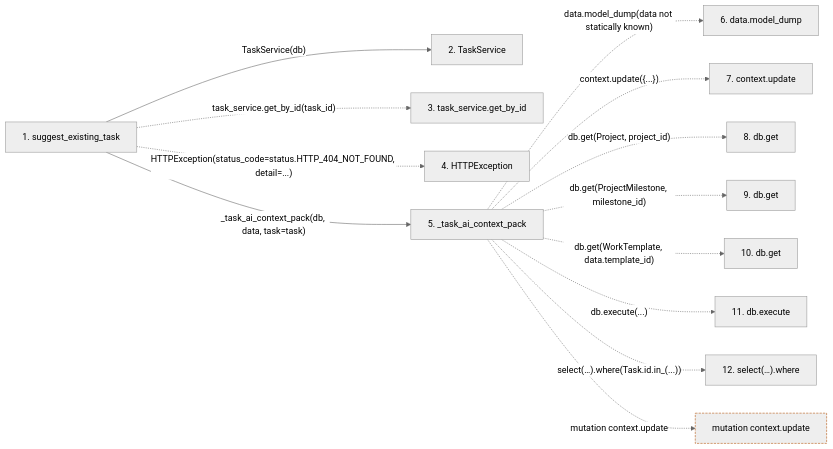
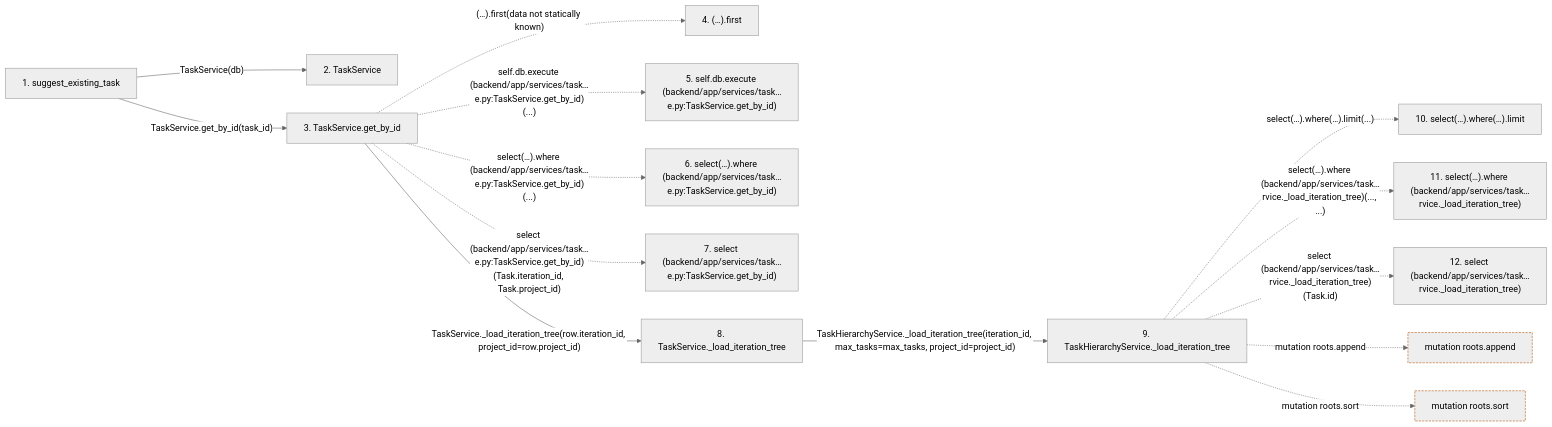
One commit to Denissvgn/WorkChord changed the second of 2 diagrams in docs/llm_wiki/flows/http-suggest_existing_task.md. Above: the diagram before and after it, drawn with Mermaid (neutral theme). The commit also changed other lines of this file and 25171 other files, not shown here.

````diff
--- a/docs/llm_wiki/flows/http-suggest_existing_task.md
+++ b/docs/llm_wiki/flows/http-suggest_existing_task.md
@@ -50,33 +120,38 @@
 ```mermaid
 flowchart LR
     s1["1. suggest_existing_task"]
     s2["2. TaskService"]
-    s3["3. task_service.get_by_id"]
-    s4["4. HTTPException"]
-    s5["5. _task_ai_context_pack"]
-    s6["6. data.model_dump"]
-    s7["7. context.update"]
-    s8["8. db.get"]
-    s9["9. db.get"]
-    s10["10. db.get"]
-    s11["11. db.execute"]
-    s12["12. select(…).where"]
+    s3["3. TaskService.get_by_id"]
+    s4["4. (…).first"]
+    s5["5. self.db.execute (backend/app/services/task…e.py:TaskService.get_by_id)"]
+    s6["6. select(…).where (backend/app/services/task…e.py:TaskService.get_by_id)"]
+    s7["7. select (backend/app/services/task…e.py:TaskService.get_by_id)"]
+    s8["8. TaskService._load_iteration_tree"]
+    s9["9. TaskHierarchyService._load_iteration_tree"]
+    s10["10. select(…).where(…).limit"]
+    s11["11. select(…).where (backend/app/services/task…rvice._load_iteration_tree)"]
+    s12["12. select (backend/app/services/task…rvice._load_iteration_tree)"]
     s1 -->|"TaskService(db)"| s2
-    s1 -. "task_service.get_by_id(task_id)" .-> s3
-    s1 -. "HTTPException(status_code=status.HTTP_404_NOT_FOUND, detail=...)" .-> s4
-    s1 -->|"_task_ai_context_pack(db, data, task=task)"| s5
-    s5 -. "data.model_dump(data not statically known)" .-> s6
-    s5 -. "context.update({...})" .-> s7
-    s5 -. "db.get(Project, project_id)" .-> s8
-    s5 -. "db.get(ProjectMilestone, milestone_id)" .-> s9
-    s5 -. "db.get(WorkTemplate, data.template_id)" .-> s10
-    s5 -. "db.execute(...)" .-> s11
-    s5 -. "select(…).where(Task.id.in_(...))" .-> s12
-    b0["mutation context.update"]
-    s5 -. "mutation context.update" .-> b0
+    s1 -->|"TaskService.get_by_id(task_id)"| s3
+    s3 -. "(…).first(data not statically known)" .-> s4
+    s3 -. "self.db.execute (backend/app/services/task…e.py:TaskService.get_by_id)(...)" .-> s5
+    s3 -. "select(…).where (backend/app/services/task…e.py:TaskService.get_by_id)(...)" .-> s6
+    s3 -. "select (backend/app/services/task…e.py:TaskService.get_by_id)(Task.iteration_id, Task.project_id)" .-> s7
+    s3 -->|"TaskService._load_iteration_tree(row.iteration_id, project_id=row.project_id)"| s8
+    s8 -->|"TaskHierarchyService._load_iteration_tree(iteration_id, max_tasks=max_tasks, project_id=project_id)"| s9
+    s9 -. "select(…).where(…).limit(...)" .-> s10
+    s9 -. "select(…).where (backend/app/services/task…rvice._load_iteration_tree)(..., ...)" .-> s11
+    s9 -. "select (backend/app/services/task…rvice._load_iteration_tree)(Task.id)" .-> s12
+    b0["mutation roots.append"]
+    s9 -. "mutation roots.append" .-> b0
+    b1["mutation roots.sort"]
+    s9 -. "mutation roots.sort" .-> b1
     click s1 "../modules/routers_llm.md"
     click s2 "../modules/task_service.md"
-    click s5 "../modules/routers_llm.md"
+    click s3 "../modules/task_service.md"
+    click s8 "../modules/task_service.md"
+    click s9 "../modules/task_hierarchy_service.md"
     classDef boundary stroke:#b45309,stroke-dasharray: 4 2
     class b0 boundary
+    class b1 boundary
 ```
````
